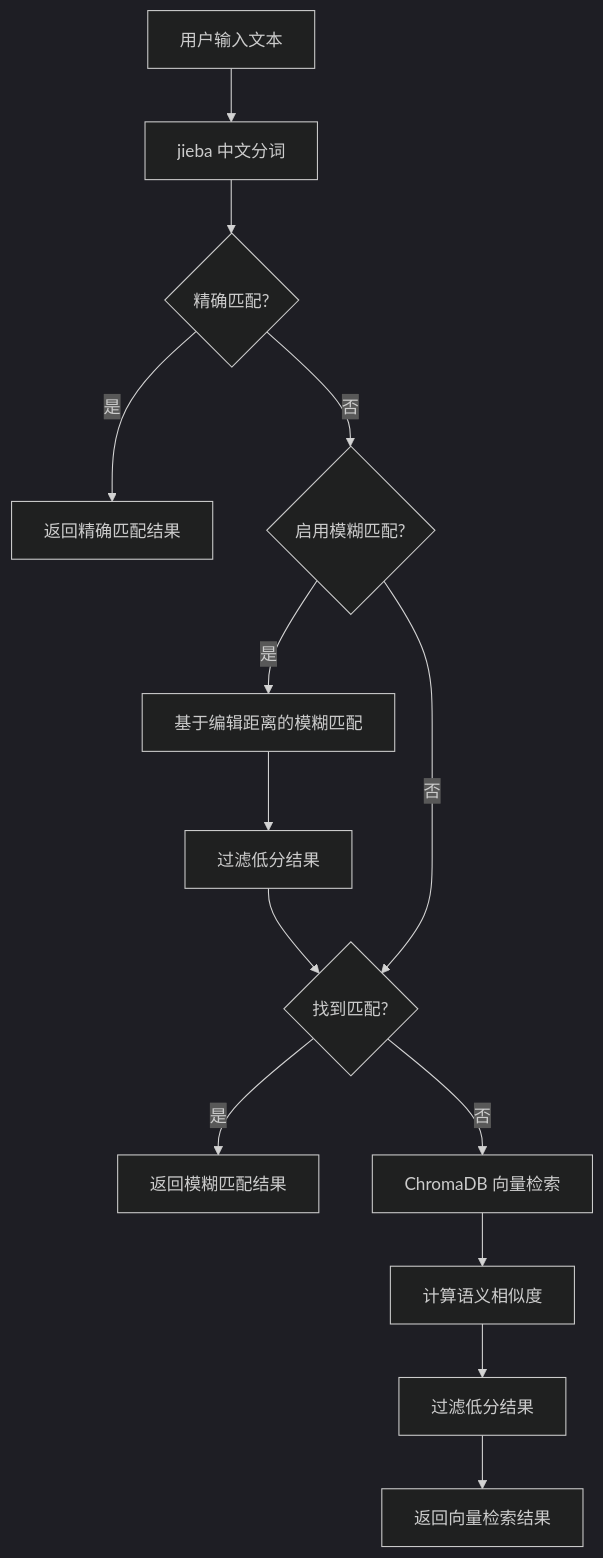
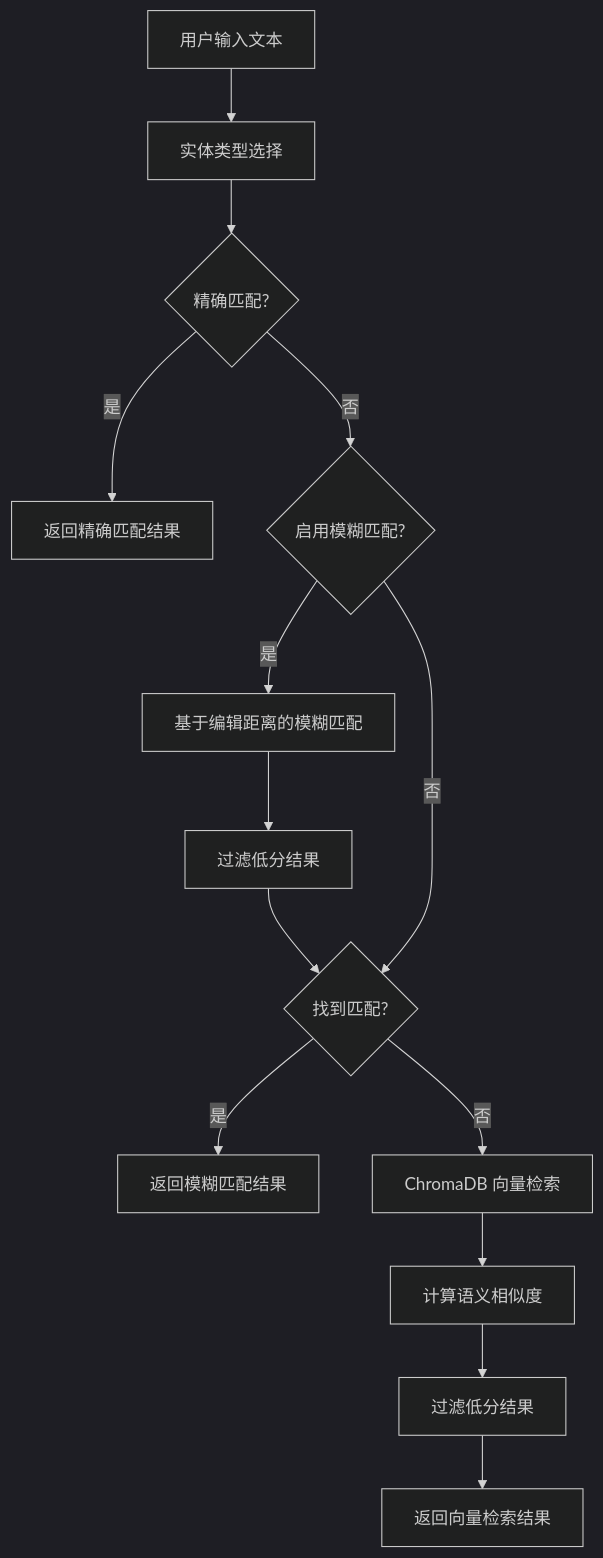
One commit to DellDi/dify-plugins changed the first of 2 diagrams in find-newsee-store/README.md. Above: the diagram before and after it, drawn with Mermaid (dark theme). The commit also changed other lines of this file and 14 other files, not shown here.

````diff
--- a/find-newsee-store/README.md
+++ b/find-newsee-store/README.md
@@ -20,16 +21,16 @@
 ```mermaid
 graph TD
-    A[用户输入文本] --> B[jieba 中文分词]
+    A[用户输入文本] --> B[实体类型选择]
     B --> C{精确匹配?}
     C -->|是| D[返回精确匹配结果]
     C -->|否| E{启用模糊匹配?}
     E -->|是| F[基于编辑距离的模糊匹配]
     F --> G[过滤低分结果]
     G --> H{找到匹配?}
     E -->|否| H
     H -->|是| I[返回模糊匹配结果]
     H -->|否| J[ChromaDB 向量检索]
     J --> K[计算语义相似度]
     K --> L[过滤低分结果]
     L --> M[返回向量检索结果]
 ```
````
